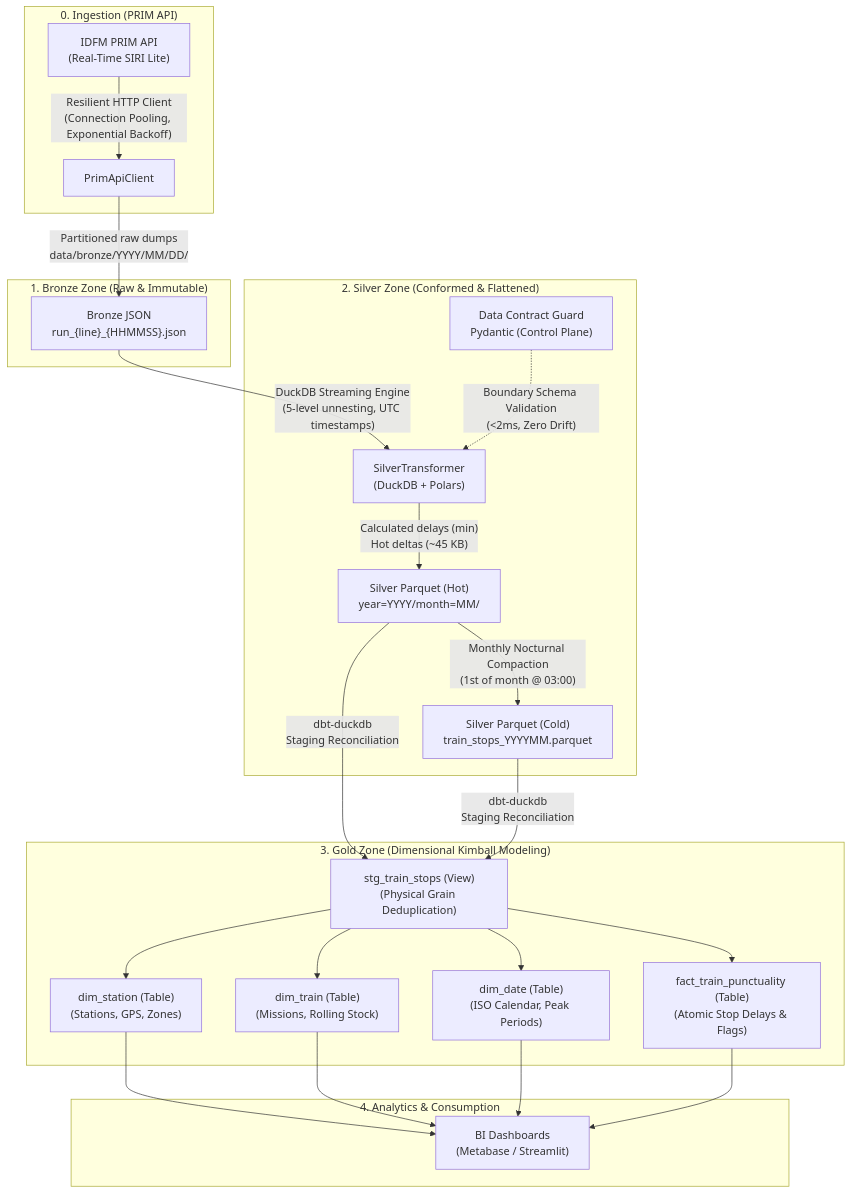
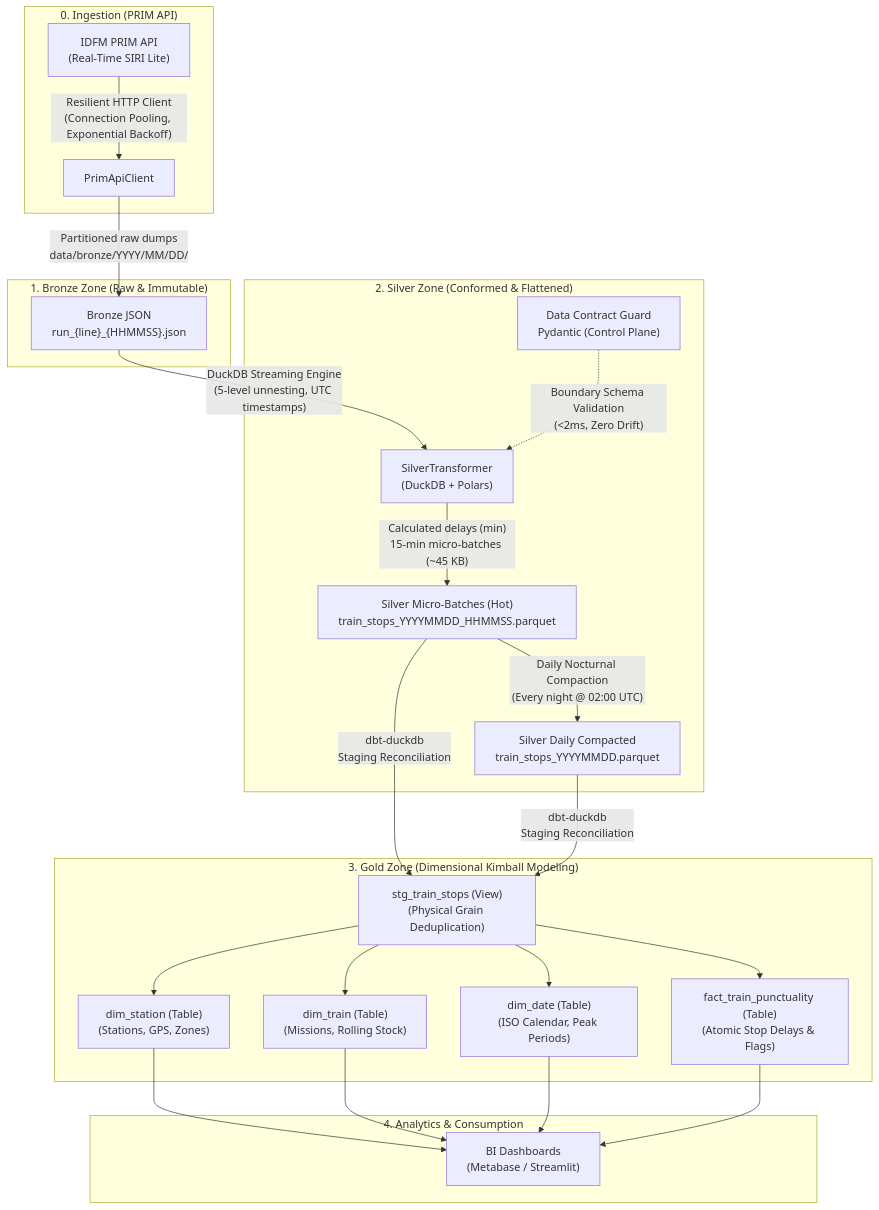
The first of 2 diagrams in README.md (loic-xu/rail-track), drawn with Mermaid before and after one commit. The commit also changed other lines of this file and 1 other file, not shown here.

````diff
--- a/README.md
+++ b/README.md
@@ -38,32 +38,32 @@
 ```mermaid
 flowchart TD
     subgraph INGESTION ["0. Ingestion (PRIM API)"]
         API["IDFM PRIM API\n(Real-Time SIRI Lite)"] -->|"Resilient HTTP Client\n(Connection Pooling, Exponential Backoff)"| Client["PrimApiClient"]
     end
 
     subgraph BRONZE ["1. Bronze Zone (Raw & Immutable)"]
         Client -->|"Partitioned raw dumps\ndata/bronze/YYYY/MM/DD/"| Bronze["Bronze JSON\nrun_{line}_{HHMMSS}.json"]
     end
 
     subgraph SILVER ["2. Silver Zone (Conformed & Flattened)"]
         Bronze -->|"DuckDB Streaming Engine\n(5-level unnesting, UTC timestamps)"| Transformer["SilverTransformer\n(DuckDB + Polars)"]
         Contract["Data Contract Guard\nPydantic (Control Plane)"] -.->|"Boundary Schema Validation\n(<2ms, Zero Drift)"| Transformer
-        Transformer -->|"Calculated delays (min)\nHot deltas (~45 KB)"| ParquetHot["Silver Parquet (Hot)\nyear=YYYY/month=MM/"]
-        ParquetHot -->|"Monthly Nocturnal Compaction\n(1st of month @ 03:00)"| ParquetCold["Silver Parquet (Cold)\ntrain_stops_YYYYMM.parquet"]
+        Transformer -->|"Calculated delays (min)\n15-min micro-batches (~45 KB)"| ParquetDeltas["Silver Micro-Batches (Hot)\ntrain_stops_YYYYMMDD_HHMMSS.parquet"]
+        ParquetDeltas -->|"Daily Nocturnal Compaction\n(Every night @ 02:00 UTC)"| ParquetDaily["Silver Daily Compacted\ntrain_stops_YYYYMMDD.parquet"]
     end
 
     subgraph GOLD ["3. Gold Zone (Dimensional Kimball Modeling)"]
-        ParquetHot & ParquetCold -->|"dbt-duckdb\nStaging Reconciliation"| Staging["stg_train_stops (View)\n(Physical Grain Deduplication)"]
+        ParquetDeltas & ParquetDaily -->|"dbt-duckdb\nStaging Reconciliation"| Staging["stg_train_stops (View)\n(Physical Grain Deduplication)"]
         Staging --> DimStation["dim_station (Table)\n(Stations, GPS, Zones)"]
         Staging --> DimTrain["dim_train (Table)\n(Missions, Rolling Stock)"]
         Staging --> DimDate["dim_date (Table)\n(ISO Calendar, Peak Periods)"]
         Staging --> FactPunctuality["fact_train_punctuality (Table)\n(Atomic Stop Delays & Flags)"]
     end
 
     subgraph SERVING ["4. Analytics & Consumption"]
         DimStation --> Metabase["BI Dashboards\n(Metabase / Streamlit)"]
         DimTrain --> Metabase
         DimDate --> Metabase
         FactPunctuality --> Metabase
     end
 ```
````
